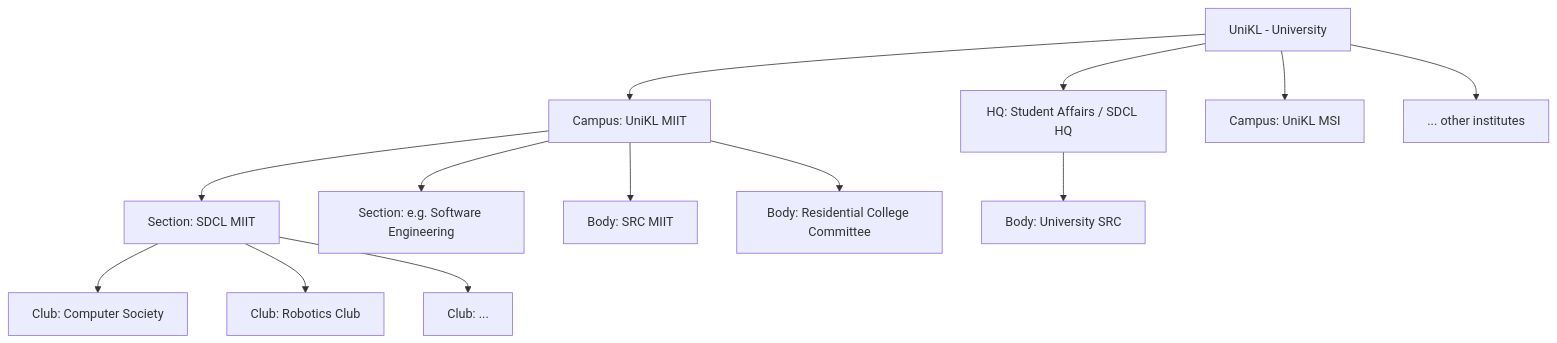
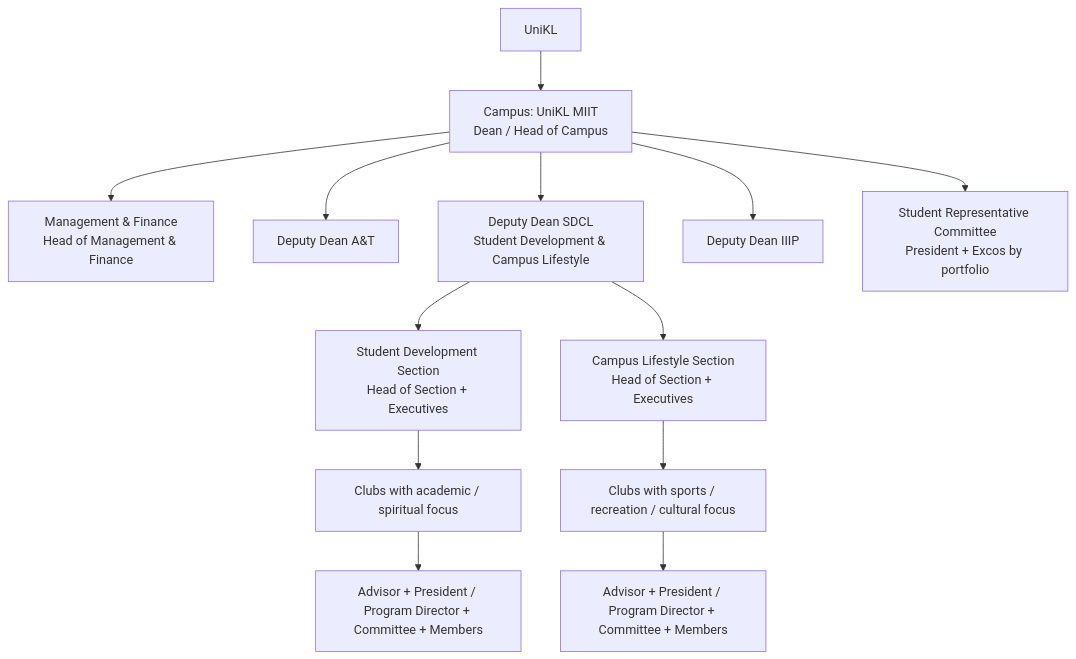
Before and after one commit to jijo-jiji/unipact-mvp: the diagram in docs/club-system/PLAN.md, drawn with Mermaid. The commit also changed other lines of this file, not shown here.

First line of the commit message:
Club system plan: MIIT's real hierarchy and approval chain from the SAF 2026 templates

````diff
--- a/docs/club-system/PLAN.md
+++ b/docs/club-system/PLAN.md
@@ -153,15 +156,15 @@
 ```mermaid
 graph TD
-    U[UniKL - University] --> HQ[HQ: Student Affairs / SDCL HQ]
-    U --> MIIT[Campus: UniKL MIIT]
-    U --> MSI[Campus: UniKL MSI]
-    U --> ETC[... other institutes]
-    MIIT --> SDCL[Section: SDCL MIIT]
-    MIIT --> SEC[Section: e.g. Software Engineering]
-    SDCL --> C1[Club: Computer Society]
-    SDCL --> C2[Club: Robotics Club]
-    SDCL --> C3[Club: ...]
-    MIIT --> SRC[Body: SRC MIIT]
-    MIIT --> RCC[Body: Residential College Committee]
-    HQ --> USRC[Body: University SRC]
+    U[UniKL] --> MIIT[Campus: UniKL MIIT<br/>Dean / Head of Campus]
+    MIIT --> HOMF[Management & Finance<br/>Head of Management & Finance]
+    MIIT --> DDAT[Deputy Dean A&T]
+    MIIT --> DDSDCL[Deputy Dean SDCL<br/>Student Development & Campus Lifestyle]
+    MIIT --> DDIIIP[Deputy Dean IIIP]
+    DDSDCL --> SD[Student Development Section<br/>Head of Section + Executives]
+    DDSDCL --> CL[Campus Lifestyle Section<br/>Head of Section + Executives]
+    MIIT --> SRC[Student Representative Committee<br/>President + Excos by portfolio]
+    SD --> C1[Clubs with academic / spiritual focus]
+    CL --> C2[Clubs with sports / recreation / cultural focus]
+    C1 --> M1[Advisor + President / Program Director + Committee + Members]
+    C2 --> M2[Advisor + President / Program Director + Committee + Members]
 ```
````
